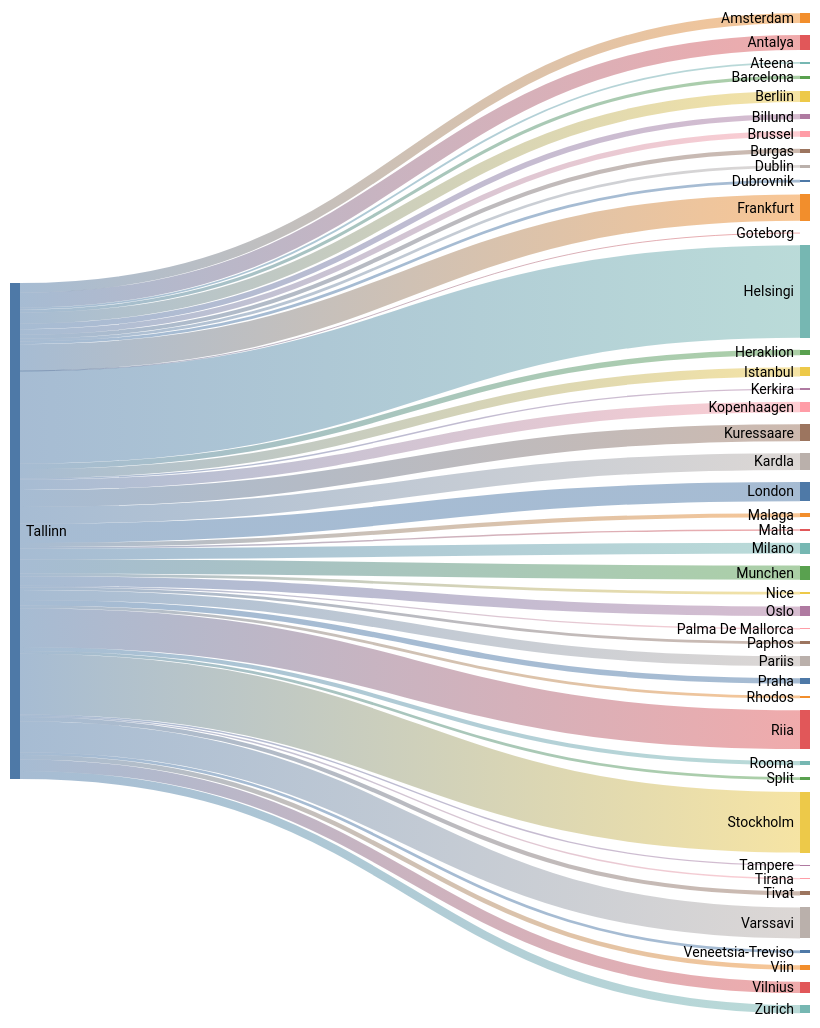
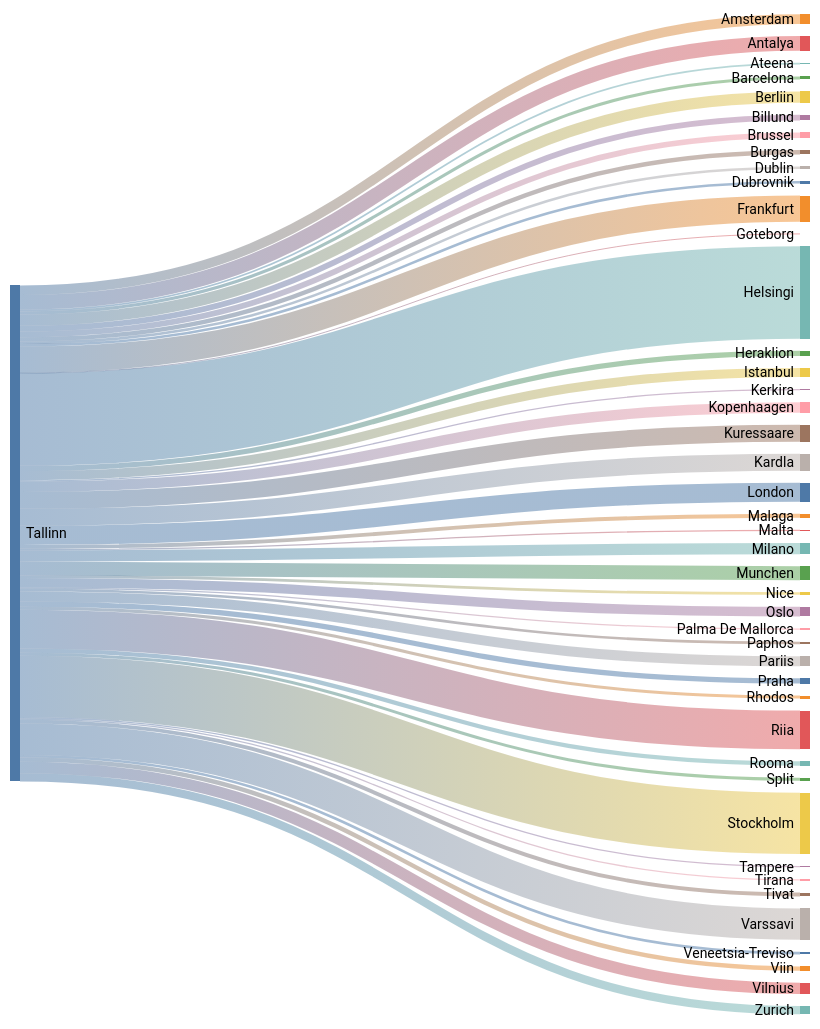
Before and after one commit to rainermesi/tll-airport-departures: the second of 2 diagrams in README.md, drawn with Mermaid (neutral theme). The commit also changed other lines of this file, not shown here.

````diff
--- a/README.md
+++ b/README.md
@@ -34,56 +34,56 @@
 ```mermaid
 ---
 config:
   sankey:
     showValues: false
     width: 800
     height: 1000
 ---
 sankey-beta
 %% source,target,value
-Tallinn,Amsterdam,21
-Tallinn,Antalya,33
+Tallinn,Amsterdam,22
+Tallinn,Antalya,34
 Tallinn,Ateena,4
 Tallinn,Barcelona,7
-Tallinn,Berliin,24
-Tallinn,Billund,12
-Tallinn,Brussel,12
-Tallinn,Burgas,9
+Tallinn,Berliin,26
+Tallinn,Billund,13
+Tallinn,Brussel,13
+Tallinn,Burgas,10
 Tallinn,Dublin,6
 Tallinn,Dubrovnik,6
-Tallinn,Frankfurt,58
+Tallinn,Frankfurt,60
 Tallinn,Goteborg,1
-Tallinn,Helsingi,203
+Tallinn,Helsingi,213
 Tallinn,Heraklion,12
-Tallinn,Istanbul,20
+Tallinn,Istanbul,21
 Tallinn,Kerkira,3
-Tallinn,Kopenhaagen,23
-Tallinn,Kuressaare,37
-Tallinn,Kardla,37
-Tallinn,London,42
+Tallinn,Kopenhaagen,24
+Tallinn,Kuressaare,39
+Tallinn,Kardla,39
+Tallinn,London,44
 Tallinn,Malaga,9
 Tallinn,Malta,3
-Tallinn,Milano,24
-Tallinn,Munchen,31
+Tallinn,Milano,26
+Tallinn,Munchen,32
 Tallinn,Nice,6
-Tallinn,Oslo,21
+Tallinn,Oslo,22
 Tallinn,Palma De Mallorca,3
 Tallinn,Paphos,6
-Tallinn,Pariis,22
+Tallinn,Pariis,23
 Tallinn,Praha,12
-Tallinn,Rhodos,6
-Tallinn,Riia,85
-Tallinn,Rooma,9
-Tallinn,Split,6
-Tallinn,Stockholm,133
+Tallinn,Rhodos,7
+Tallinn,Riia,89
+Tallinn,Rooma,10
+Tallinn,Split,7
+Tallinn,Stockholm,141
 Tallinn,Tampere,3
 Tallinn,Tirana,3
 Tallinn,Tivat,9
-Tallinn,Varssavi,68
+Tallinn,Varssavi,72
 Tallinn,Veneetsia-Treviso,6
 Tallinn,Viin,10
-Tallinn,Vilnius,25
-Tallinn,Zurich,18
+Tallinn,Vilnius,26
+Tallinn,Zurich,19
 
 
 ```
````
